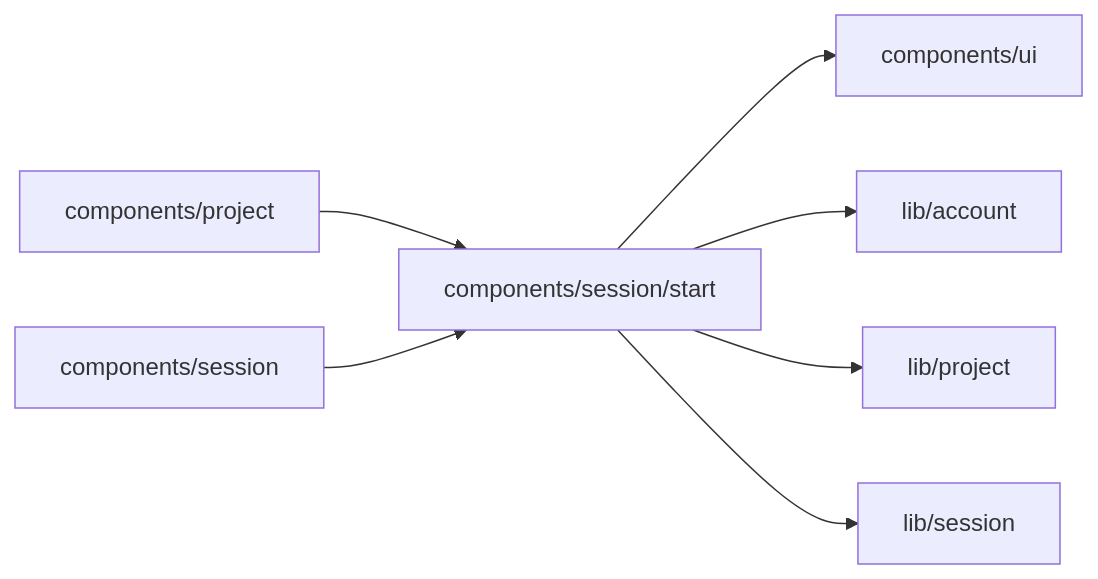
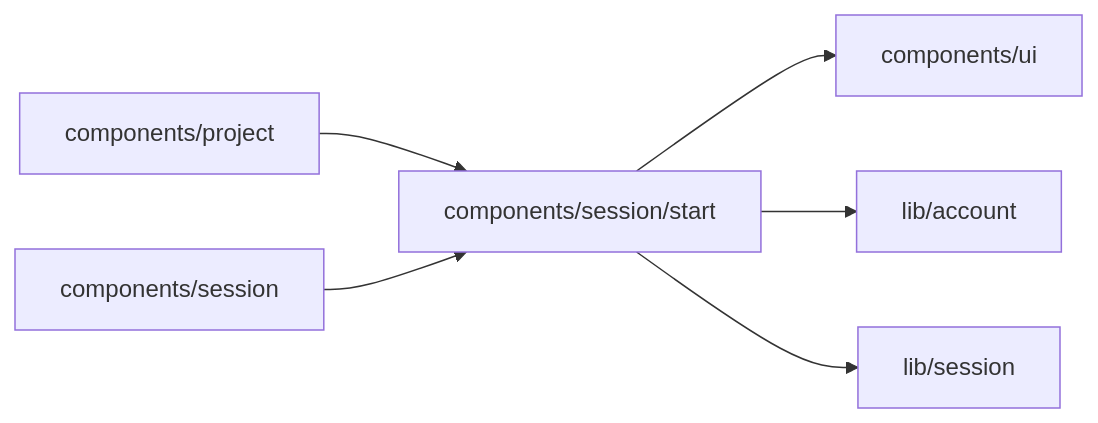
The diagram in web/studio/components/session/start/README.md (superdurable/superverse), drawn with Mermaid before and after one commit. The commit also changed other lines of this file and 162 other files, not shown here.

````diff
--- a/web/studio/components/session/start/README.md
+++ b/web/studio/components/session/start/README.md
@@ -10,10 +10,9 @@
 ```mermaid
 flowchart LR
   self["components/session/start"]
   c0["components/project"] --> self
   c1["components/session"] --> self
   self --> d0["components/ui"]
   self --> d1["lib/account"]
-  self --> d2["lib/project"]
-  self --> d3["lib/session"]
+  self --> d2["lib/session"]
 ```
````
